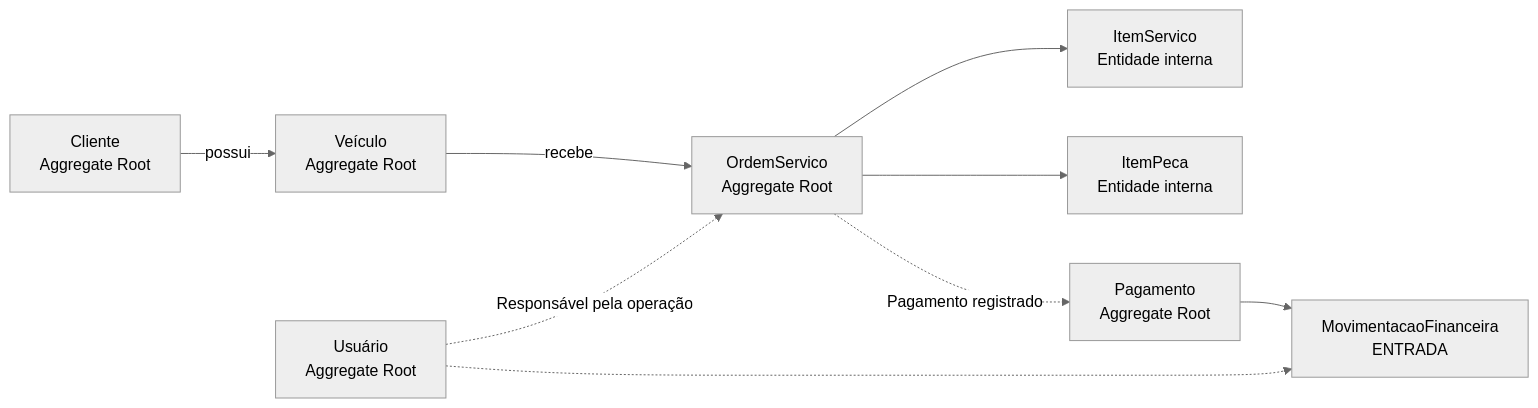
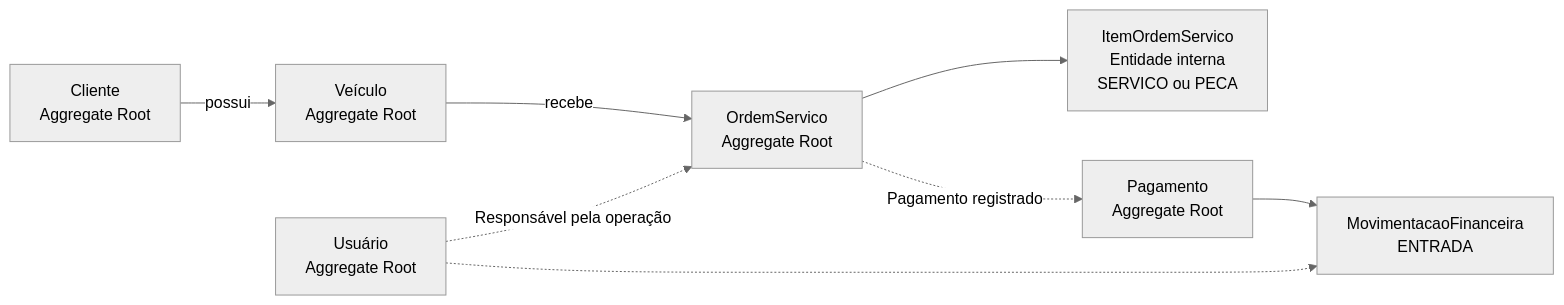
Before and after one commit to LeonardoAlvesDeSouza/oficina-sampaio: the third of 4 diagrams in docs/architecture.md, drawn with Mermaid (neutral theme). The commit also changed other lines of this file and 38 other files, not shown here.

````diff
--- a/docs/architecture.md
+++ b/docs/architecture.md
@@ -90,11 +90,10 @@
 ```mermaid
 flowchart LR
     cliente["Cliente<br/>Aggregate Root"] -->|"possui"| veiculo["Veículo<br/>Aggregate Root"]
     veiculo -->|"recebe"| os["OrdemServico<br/>Aggregate Root"]
-    os --> itemServico["ItemServico<br/>Entidade interna"]
-    os --> itemPeca["ItemPeca<br/>Entidade interna"]
+    os --> item["ItemOrdemServico<br/>Entidade interna<br/>SERVICO ou PECA"]
     os -.->|"Pagamento registrado"| pagamento["Pagamento<br/>Aggregate Root"]
     pagamento --> movimento["MovimentacaoFinanceira<br/>ENTRADA"]
     usuario["Usuário<br/>Aggregate Root"] -.->|"Responsável pela operação"| os
     usuario -.-> movimento
 ```
````
